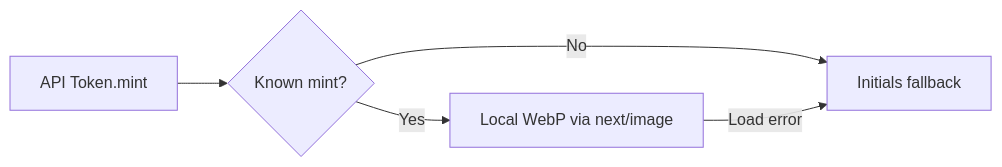
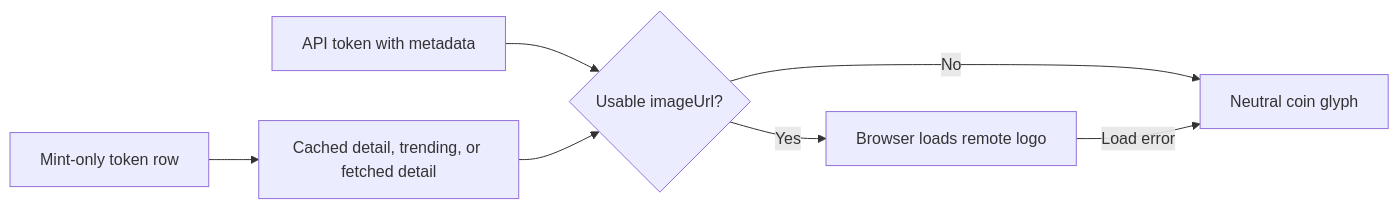
The first of 4 diagrams in docs/terminal-ui.md (jog01/agele-web), drawn with Mermaid before and after one commit. The commit also changed other lines of this file and 15 other files, not shown here.

Commit message:
feat(tokens): show remote token logos everywhere (#36)

````diff
--- a/docs/terminal-ui.md
+++ b/docs/terminal-ui.md
@@ -9,7 +9,9 @@
 ```mermaid
 flowchart LR
-  Token[API Token.mint] --> Lookup{Known mint?}
-  Lookup -->|Yes| Local[Local WebP via next/image]
-  Lookup -->|No| Fallback[Initials fallback]
-  Local -->|Load error| Fallback
+  Token[API token with metadata] --> URL{Usable imageUrl?}
+  Mint[Mint-only token row] --> Lookup[Cached detail, trending, or fetched detail]
+  Lookup --> URL
+  URL -->|Yes| Remote[Browser loads remote logo]
+  URL -->|No| Fallback[Neutral coin glyph]
+  Remote -->|Load error| Fallback
 ```
````
